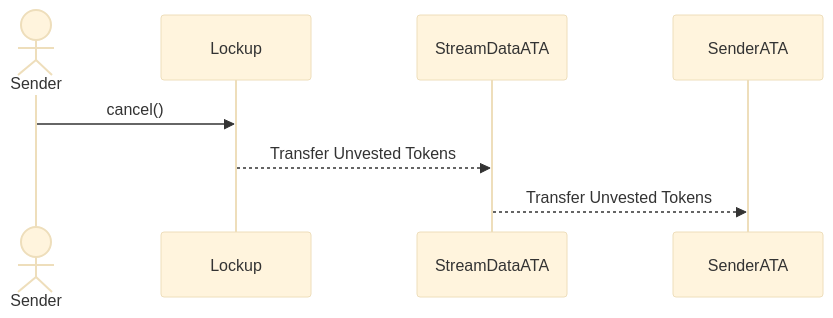
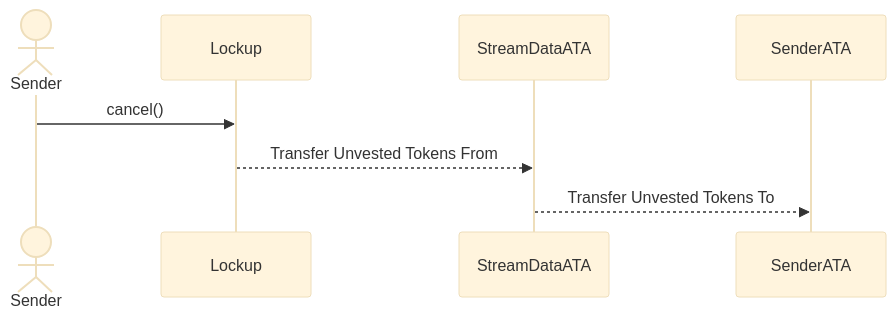
The ninth of 10 diagrams in docs/solana/accounts-architecture/01-lockup.md (sablier-labs/docs), drawn with Mermaid (base theme) before and after one commit. The commit also changed other lines of this file and 3 other files, not shown here.

````diff
--- a/docs/solana/accounts-architecture/01-lockup.md
+++ b/docs/solana/accounts-architecture/01-lockup.md
@@ -146,8 +146,8 @@
 ```mermaid
 sequenceDiagram
     actor Sender
 
     Sender->>Lockup: cancel()
-    Lockup -->> StreamDataATA: Transfer Unvested Tokens
-    StreamDataATA -->> SenderATA: Transfer Unvested Tokens
+    Lockup -->> StreamDataATA: Transfer Unvested Tokens From
+    StreamDataATA -->> SenderATA: Transfer Unvested Tokens To
 ```
````
